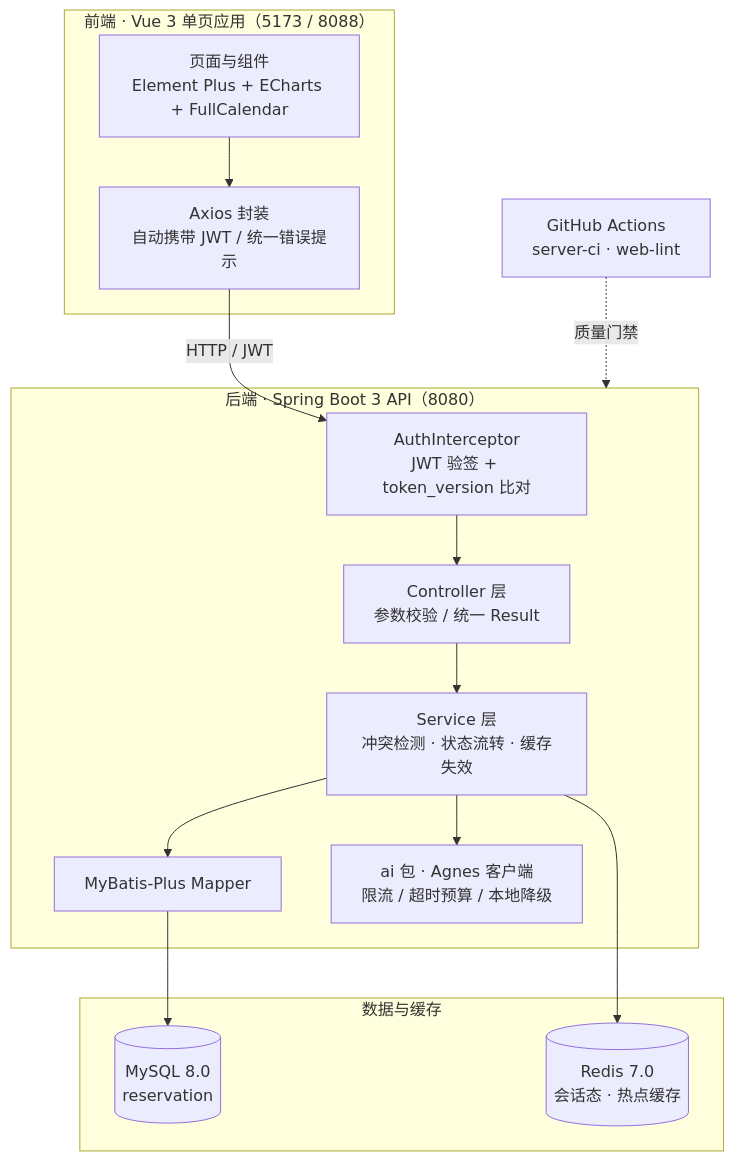
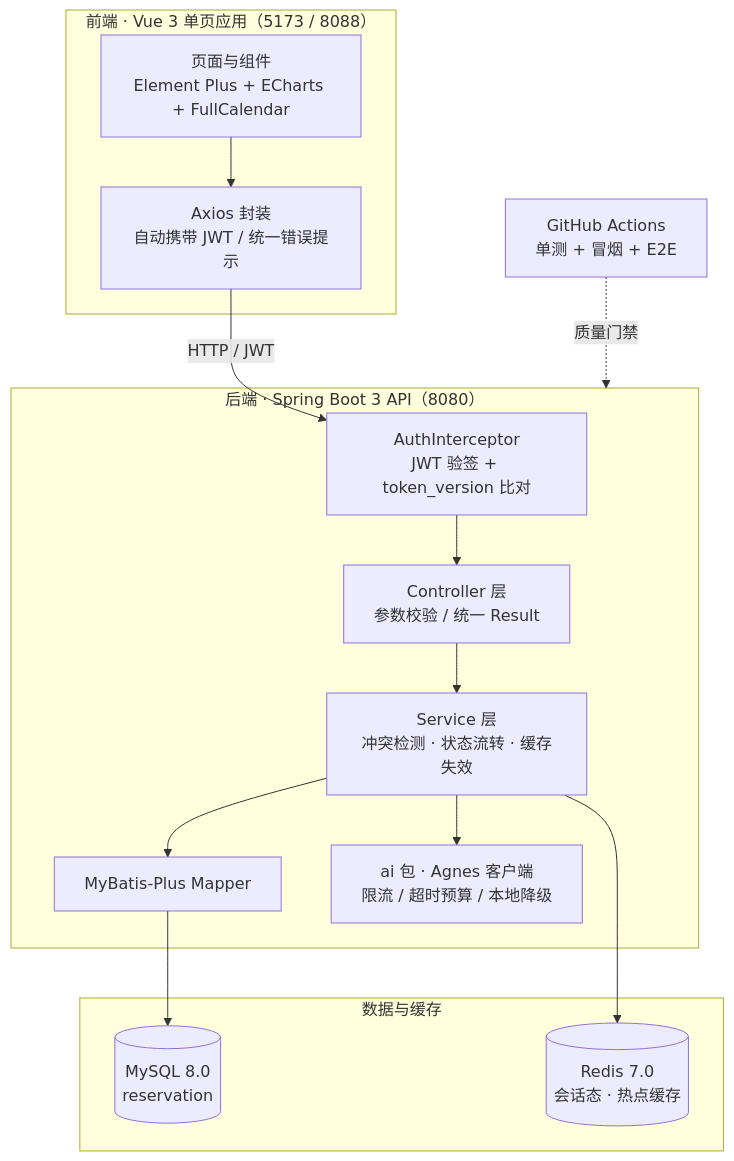
Before and after one commit to Alexander-cloud123/lab-reservation-system: the diagram in README.md, drawn with Mermaid. The commit also changed other lines of this file and 2 other files, not shown here.

````diff
--- a/README.md
+++ b/README.md
@@ -85,28 +85,28 @@
 ```mermaid
 flowchart TB
     subgraph FE["前端 · Vue 3 单页应用（5173 / 8088）"]
         UI["页面与组件<br/>Element Plus + ECharts + FullCalendar"]
         AX["Axios 封装<br/>自动携带 JWT / 统一错误提示"]
         UI --> AX
     end
 
     subgraph BE["后端 · Spring Boot 3 API（8080）"]
         INT["AuthInterceptor<br/>JWT 验签 + token_version 比对"]
         CTL["Controller 层<br/>参数校验 / 统一 Result"]
         SVC["Service 层<br/>冲突检测 · 状态流转 · 缓存失效"]
         MAP["MyBatis-Plus Mapper"]
         AIC["ai 包 · Agnes 客户端<br/>限流 / 超时预算 / 本地降级"]
         INT --> CTL --> SVC --> MAP
         SVC --> AIC
     end
 
     subgraph ST["数据与缓存"]
         DB[("MySQL 8.0<br/>reservation")]
         RD[("Redis 7.0<br/>会话态 · 热点缓存")]
     end
 
     AX -->|"HTTP / JWT"| INT
     MAP --> DB
     SVC --> RD
-    CI["GitHub Actions<br/>server-ci · web-lint"] -.->|"质量门禁"| BE
+    CI["GitHub Actions<br/>单测 + 冒烟 + E2E"] -.->|"质量门禁"| BE
 ```
````
